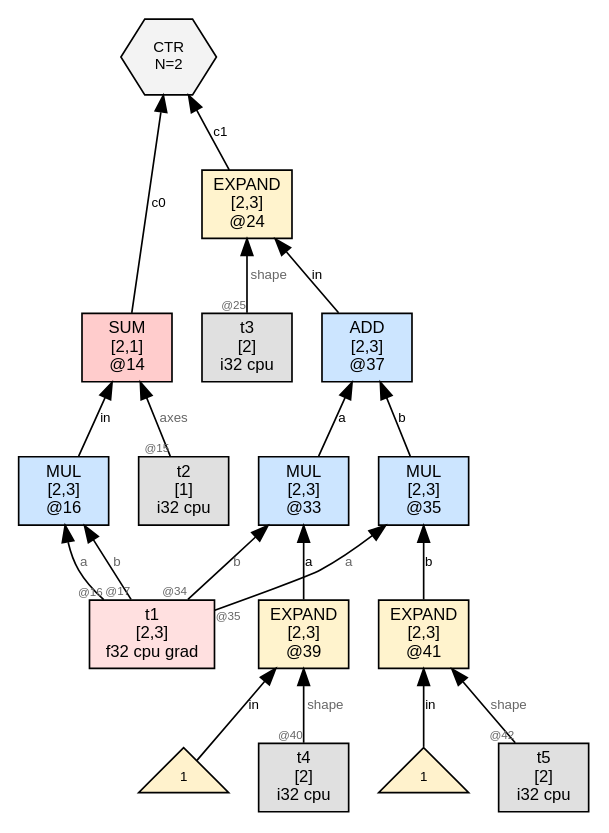
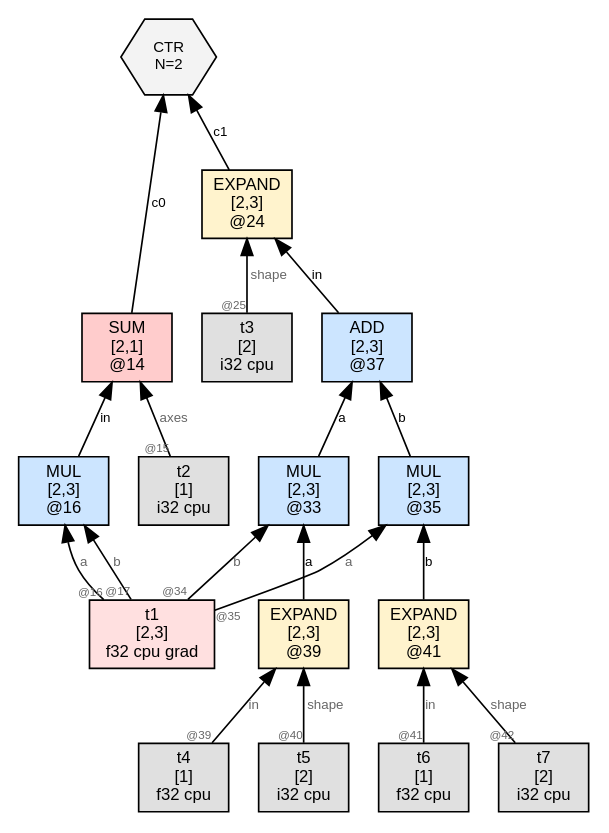
Before and after one commit to sw1sh/TinyHVM: the diagram in wl/examples/thvm_graphs/grad_rules/gradu_batched_reduce/thvm_1_post_reduce.dot, drawn with Graphviz. The commit also changed 163 other files, not shown here.

First line of the commit message:
grad: GRAD2 leaf emits shape-[1] TEN instead of raw NUM

```diff
--- a/wl/examples/thvm_graphs/grad_rules/gradu_batched_reduce/thvm_1_post_reduce.dot
+++ b/wl/examples/thvm_graphs/grad_rules/gradu_batched_reduce/thvm_1_post_reduce.dot
@@ -1,40 +1,40 @@
 digraph G {
   rankdir=BT;
   node [fontname="Helvetica", fontsize=10, style=filled, shape=box, margin="0.1,0.05"];
   edge [fontsize=8, fontname="Helvetica"];
 
   n14 [label="SUM\n[2,1]\n@14", shape=box, fillcolor="#ffcccc"];
   n16 -> n14 [label="in"];
   t2 [label="t2\n[1]\ni32 cpu",shape=box,fillcolor="#e0e0e0"];
   t2 -> n14 [label="axes",taillabel="@15",labelfontsize=7,fontcolor="#666666"];
   n24 [label="EXPAND\n[2,3]\n@24", shape=box, fillcolor="#fff3cd"];
   n37 -> n24 [label="in"];
   t3 [label="t3\n[2]\ni32 cpu",shape=box,fillcolor="#e0e0e0"];
   t3 -> n24 [label="shape",taillabel="@25",labelfontsize=7,fontcolor="#666666"];
   n16 [label="MUL\n[2,3]\n@16", shape=box, fillcolor="#cce5ff"];
   t1 [label="t1\n[2,3]\nf32 cpu grad",shape=box,fillcolor="#ffe0e0"];
   t1 -> n16 [label="a",taillabel="@16",labelfontsize=7,fontcolor="#666666"];
   t1 -> n16 [label="b",taillabel="@17",labelfontsize=7,fontcolor="#666666"];
   ctr11 [label="CTR\nN=2", shape=hexagon, fillcolor="#f3f3f3", fontsize=9];
   n14 -> ctr11 [label="c0"];
   n24 -> ctr11 [label="c1"];
   n37 [label="ADD\n[2,3]\n@37", shape=box, fillcolor="#cce5ff"];
   n33 -> n37 [label="a"];
   n35 -> n37 [label="b"];
   n39 [label="EXPAND\n[2,3]\n@39", shape=box, fillcolor="#fff3cd"];
-  num39_0 [label="1",shape=triangle,fillcolor="#fff2cc",fontsize=8];
-  num39_0 -> n39 [label="in"];
-  t4 [label="t4\n[2]\ni32 cpu",shape=box,fillcolor="#e0e0e0"];
-  t4 -> n39 [label="shape",taillabel="@40",labelfontsize=7,fontcolor="#666666"];
+  t4 [label="t4\n[1]\nf32 cpu",shape=box,fillcolor="#e0e0e0"];
+  t4 -> n39 [label="in",taillabel="@39",labelfontsize=7,fontcolor="#666666"];
+  t5 [label="t5\n[2]\ni32 cpu",shape=box,fillcolor="#e0e0e0"];
+  t5 -> n39 [label="shape",taillabel="@40",labelfontsize=7,fontcolor="#666666"];
   n41 [label="EXPAND\n[2,3]\n@41", shape=box, fillcolor="#fff3cd"];
-  num41_0 [label="1",shape=triangle,fillcolor="#fff2cc",fontsize=8];
-  num41_0 -> n41 [label="in"];
-  t5 [label="t5\n[2]\ni32 cpu",shape=box,fillcolor="#e0e0e0"];
-  t5 -> n41 [label="shape",taillabel="@42",labelfontsize=7,fontcolor="#666666"];
+  t6 [label="t6\n[1]\nf32 cpu",shape=box,fillcolor="#e0e0e0"];
+  t6 -> n41 [label="in",taillabel="@41",labelfontsize=7,fontcolor="#666666"];
+  t7 [label="t7\n[2]\ni32 cpu",shape=box,fillcolor="#e0e0e0"];
+  t7 -> n41 [label="shape",taillabel="@42",labelfontsize=7,fontcolor="#666666"];
   n33 [label="MUL\n[2,3]\n@33", shape=box, fillcolor="#cce5ff"];
   n39 -> n33 [label="a"];
   t1 -> n33 [label="b",taillabel="@34",labelfontsize=7,fontcolor="#666666"];
   n35 [label="MUL\n[2,3]\n@35", shape=box, fillcolor="#cce5ff"];
   t1 -> n35 [label="a",taillabel="@35",labelfontsize=7,fontcolor="#666666"];
   n41 -> n35 [label="b"];
 }
```
